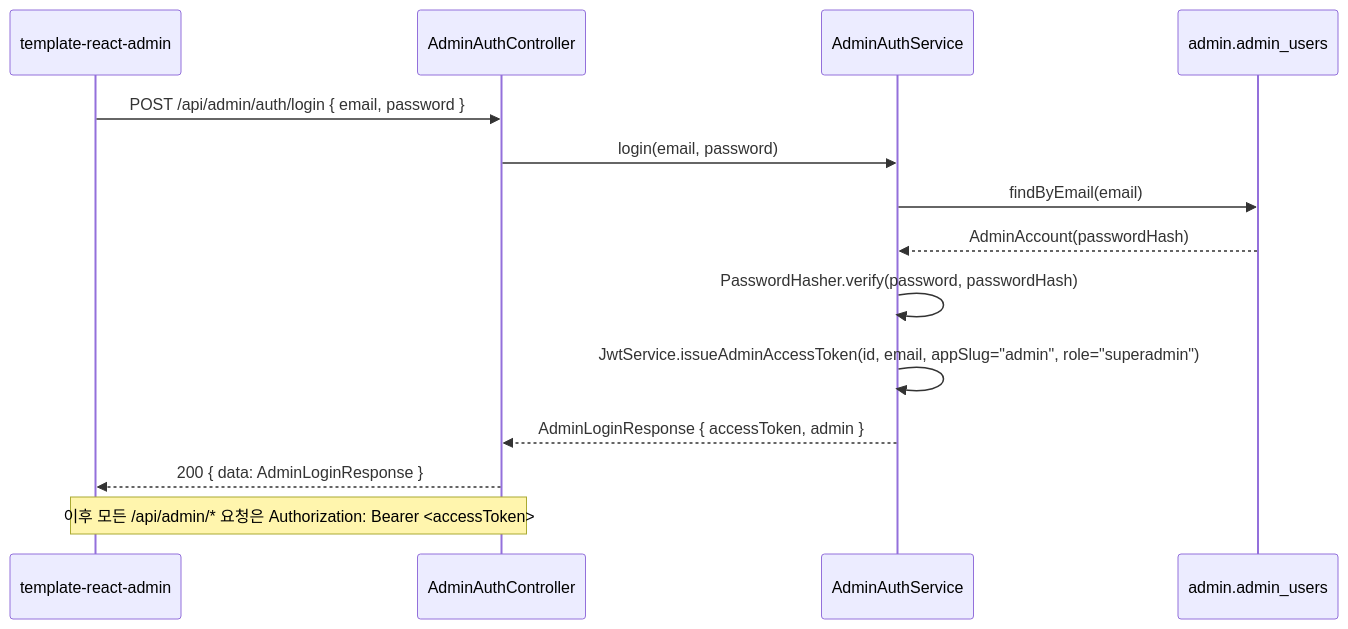
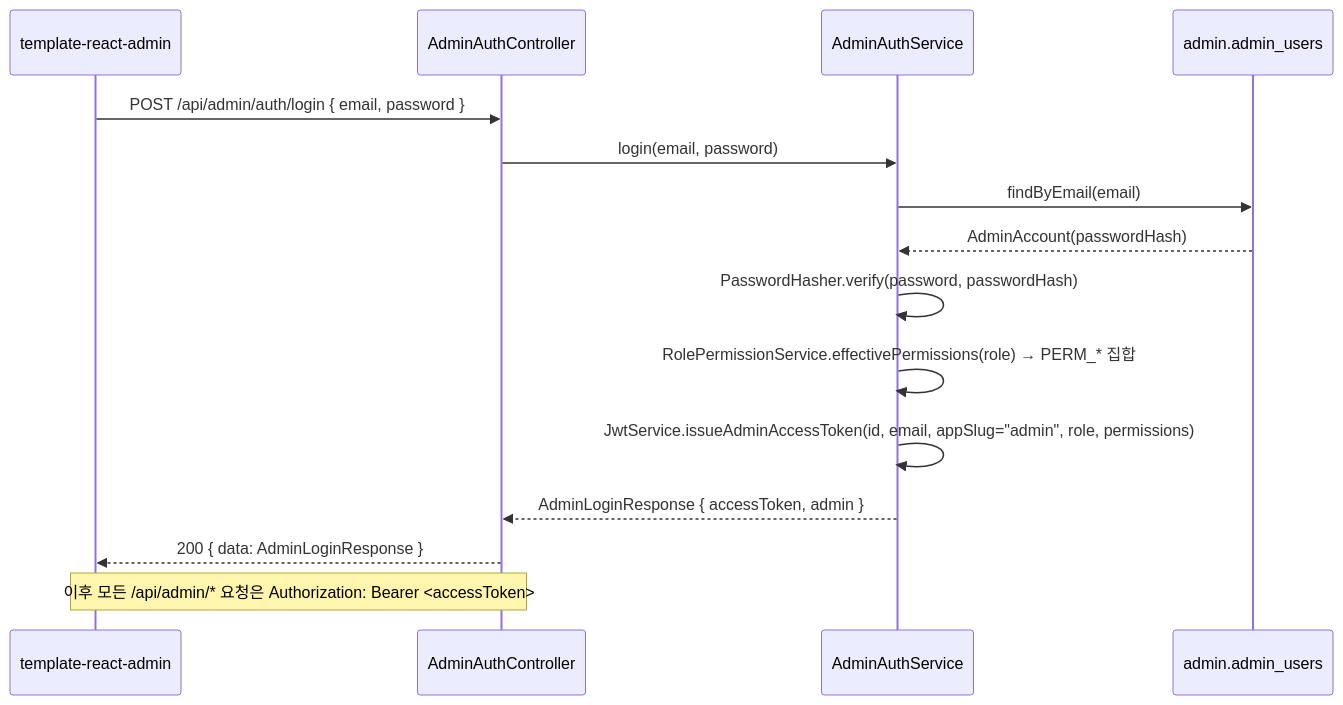
Before and after one commit to storkspear/docs-template-spring: the diagram in docs/api-and-functional/admin-console.md, drawn with Mermaid. The commit also changed other lines of this file and 96 other files, not shown here.

````diff
--- a/docs/api-and-functional/admin-console.md
+++ b/docs/api-and-functional/admin-console.md
@@ -37,18 +43,19 @@
 ```mermaid
 sequenceDiagram
     participant React as template-react-admin
     participant API as AdminAuthController
     participant Svc as AdminAuthService
     participant DB as admin.admin_users
 
     React->>API: POST /api/admin/auth/login { email, password }
     API->>Svc: login(email, password)
     Svc->>DB: findByEmail(email)
     DB-->>Svc: AdminAccount(passwordHash)
     Svc->>Svc: PasswordHasher.verify(password, passwordHash)
-    Svc->>Svc: JwtService.issueAdminAccessToken(id, email, appSlug="admin", role="superadmin")
+    Svc->>Svc: RolePermissionService.effectivePermissions(role) → PERM_* 집합
+    Svc->>Svc: JwtService.issueAdminAccessToken(id, email, appSlug="admin", role, permissions)
     Svc-->>API: AdminLoginResponse { accessToken, admin }
     API-->>React: 200 { data: AdminLoginResponse }
 
     Note over React,API: 이후 모든 /api/admin/* 요청은 Authorization: Bearer <accessToken>
 ```
````
